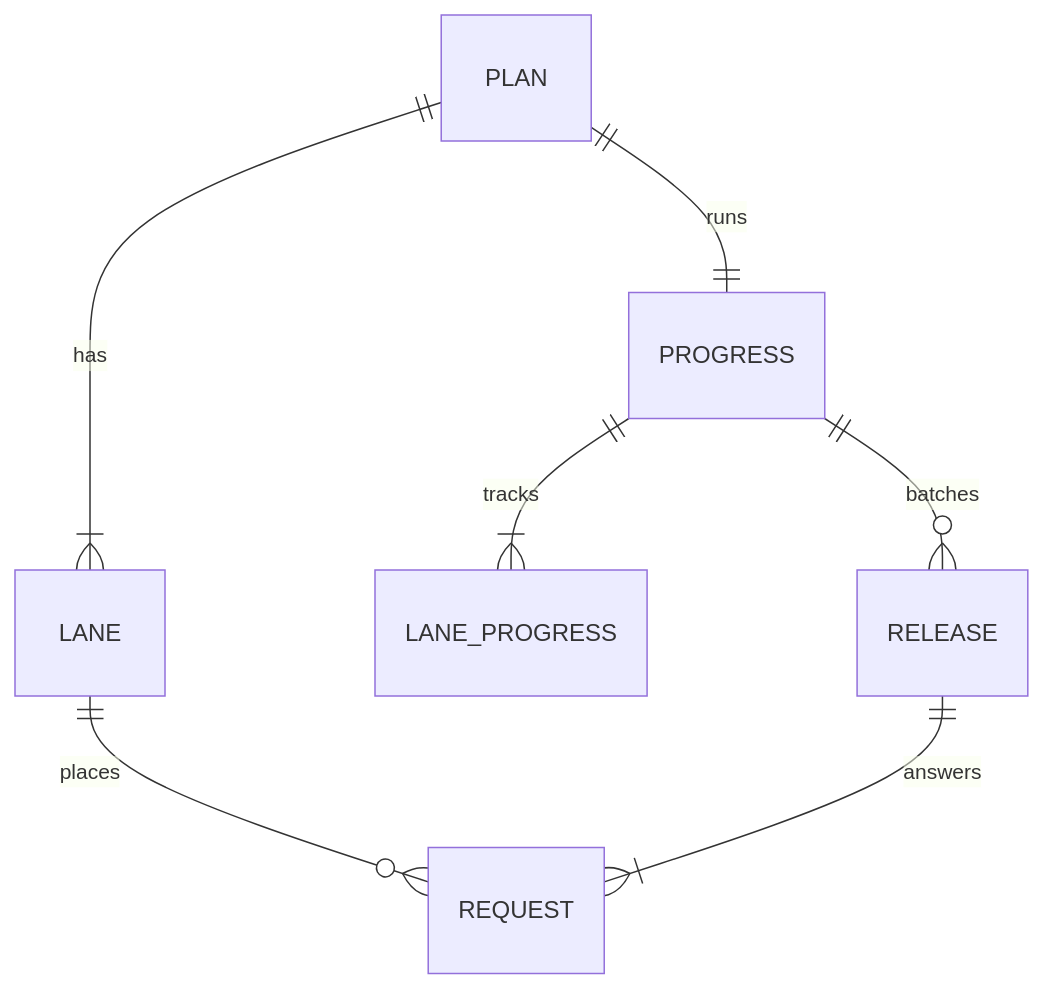
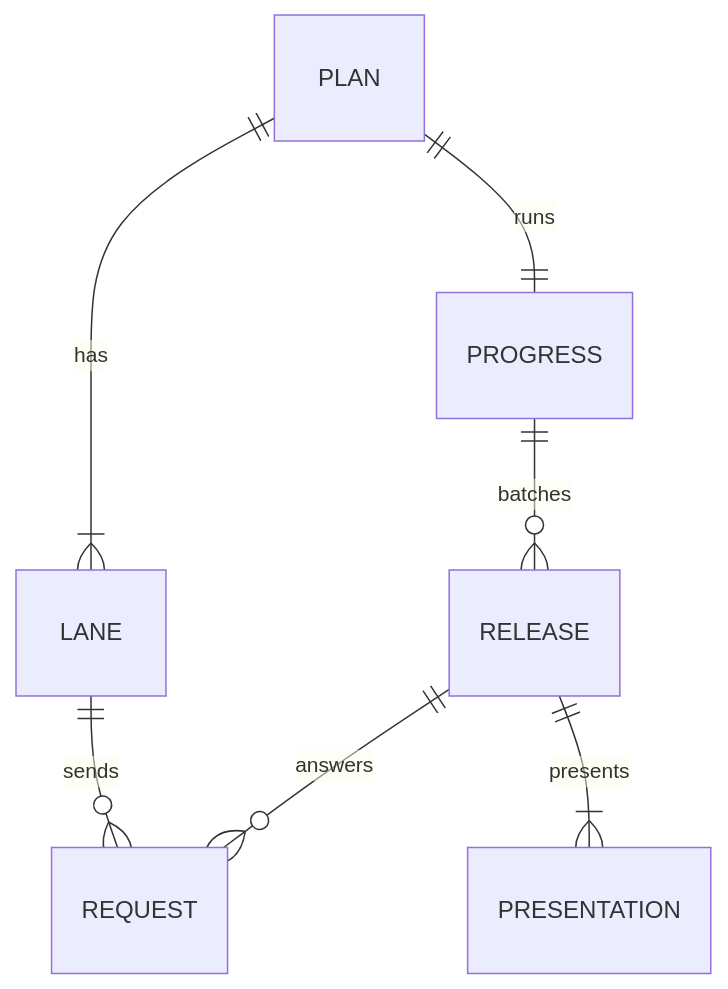
The third of 7 diagrams in issues/issue-2436-design.md (devbasex/ai-plugins), drawn with Mermaid before and after one commit. The commit also changed other lines of this file and 4 other files, not shown here.

````diff
--- a/issues/issue-2436-design.md
+++ b/issues/issue-2436-design.md
@@ -198,9 +234,9 @@
 ```mermaid
 erDiagram
     PLAN ||--|{ LANE : has
     PLAN ||--|| PROGRESS : runs
-    PROGRESS ||--|{ LANE_PROGRESS : tracks
     PROGRESS ||--o{ RELEASE : batches
-    LANE ||--o{ REQUEST : places
-    RELEASE ||--|{ REQUEST : answers
+    RELEASE ||--|{ PRESENTATION : presents
+    LANE ||--o{ REQUEST : sends
+    RELEASE ||--o{ REQUEST : answers
 ```
````
